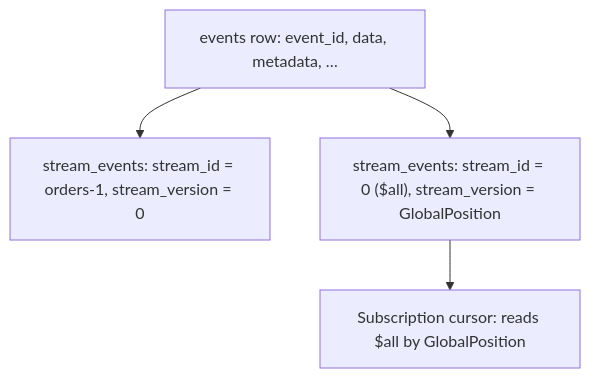
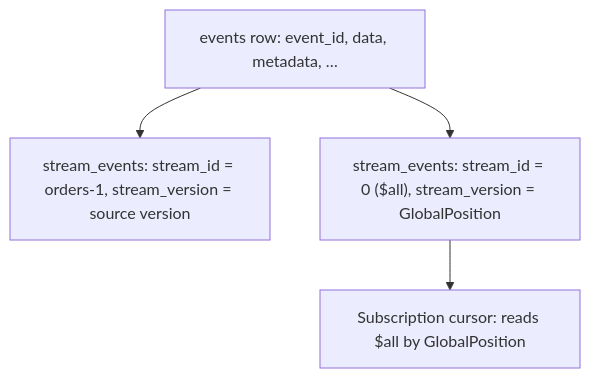
The diagram in content/docs/kiroku/explanation/all-stream-and-global-order.mdx (shinzui/keiro-runtime-docs), drawn with Mermaid before and after one commit. The commit also changed other lines of this file and 24 other files, not shown here.

First line of the commit message:
docs(kiroku): refresh write path and schema docs

````diff
--- a/content/docs/kiroku/explanation/all-stream-and-global-order.mdx
+++ b/content/docs/kiroku/explanation/all-stream-and-global-order.mdx
@@ -22,11 +22,11 @@
 ```mermaid
 flowchart TD
   E["events row: event_id, data, metadata, …"]
-  S1["stream_events: stream_id = orders-1, stream_version = 0"]
+  S1["stream_events: stream_id = orders-1, stream_version = source version"]
   S0["stream_events: stream_id = 0 ($all), stream_version = GlobalPosition"]
   Cur["Subscription cursor: reads $all by GlobalPosition"]
 
   E --> S1
   E --> S0
   S0 --> Cur
 ```
````
